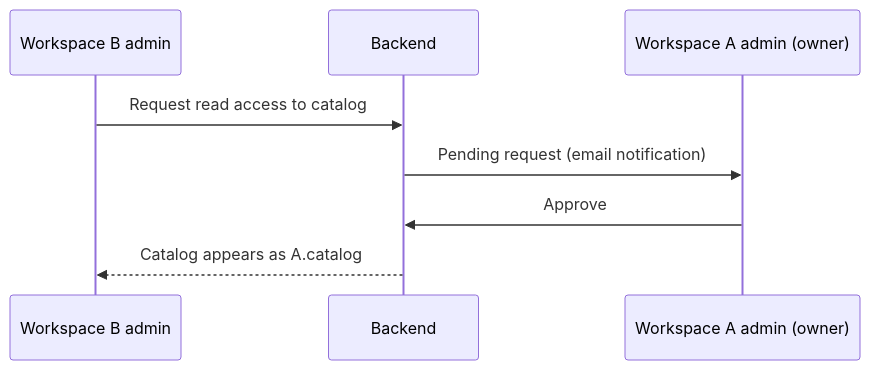
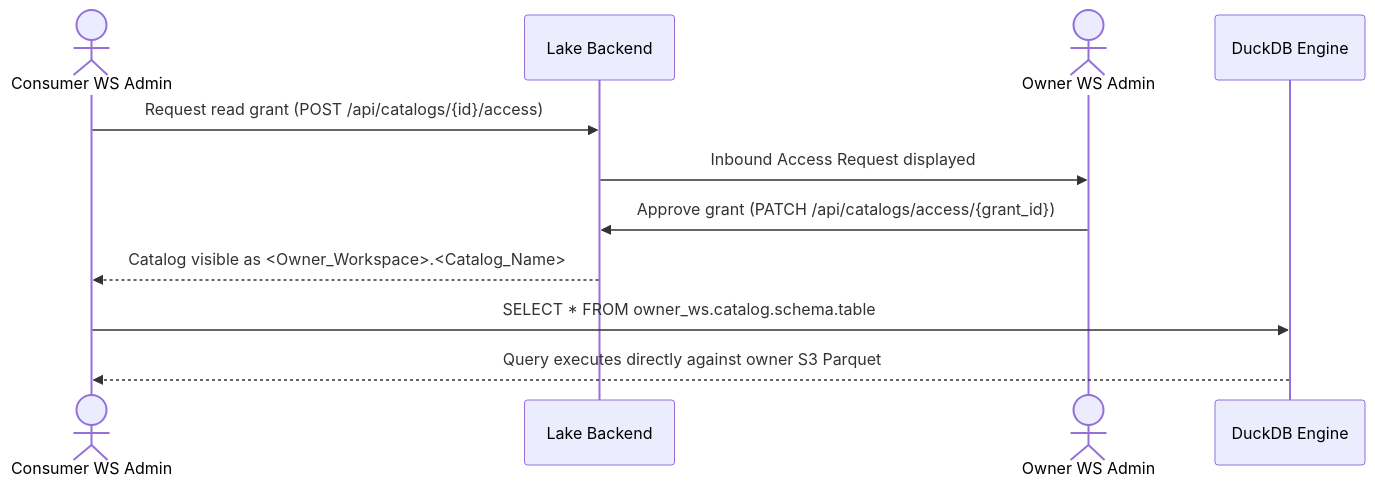
Before and after one commit to Lake-of-Tears/lake-of-tears: the sixth of 9 diagrams in docs/wiki/Workspaces-and-Catalog-Management.md, drawn with Mermaid. The commit also changed other lines of this file and 1 other file, not shown here.

Commit message:
docs: overhaul workspaces and catalog management guide for workspace isolation (#261) (#333)

````diff
--- a/docs/wiki/Workspaces-and-Catalog-Management.md
+++ b/docs/wiki/Workspaces-and-Catalog-Management.md
@@ -112,10 +256,14 @@
 ```mermaid
 sequenceDiagram
-    participant B as Workspace B admin
-    participant API as Backend
-    participant A as Workspace A admin (owner)
-    B->>API: Request read access to catalog
-    API->>A: Pending request (email notification)
-    A->>API: Approve
-    API-->>B: Catalog appears as A.catalog
+    actor Consumer as Consumer WS Admin
+    participant API as Lake Backend
+    actor Owner as Owner WS Admin
+    participant DuckDB as DuckDB Engine
+
+    Consumer->>API: Request read grant (POST /api/catalogs/{id}/access)
+    API->>Owner: Inbound Access Request displayed
+    Owner->>API: Approve grant (PATCH /api/catalogs/access/{grant_id})
+    API-->>Consumer: Catalog visible as <Owner_Workspace>.<Catalog_Name>
+    Consumer->>DuckDB: SELECT * FROM owner_ws.catalog.schema.table
+    DuckDB-->>Consumer: Query executes directly against owner S3 Parquet
 ```
````
